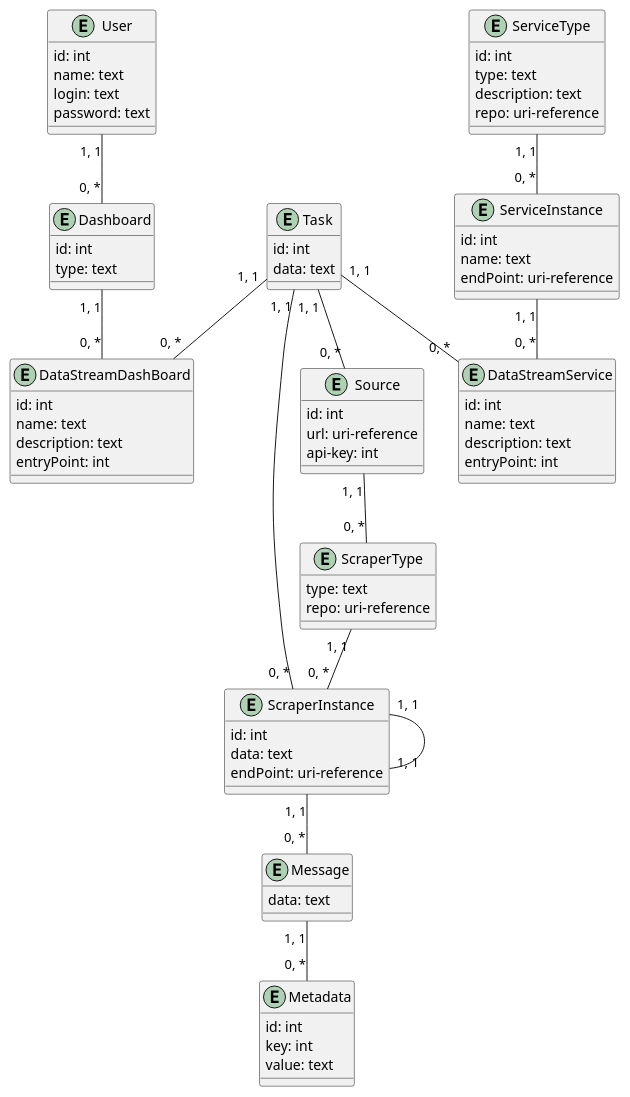
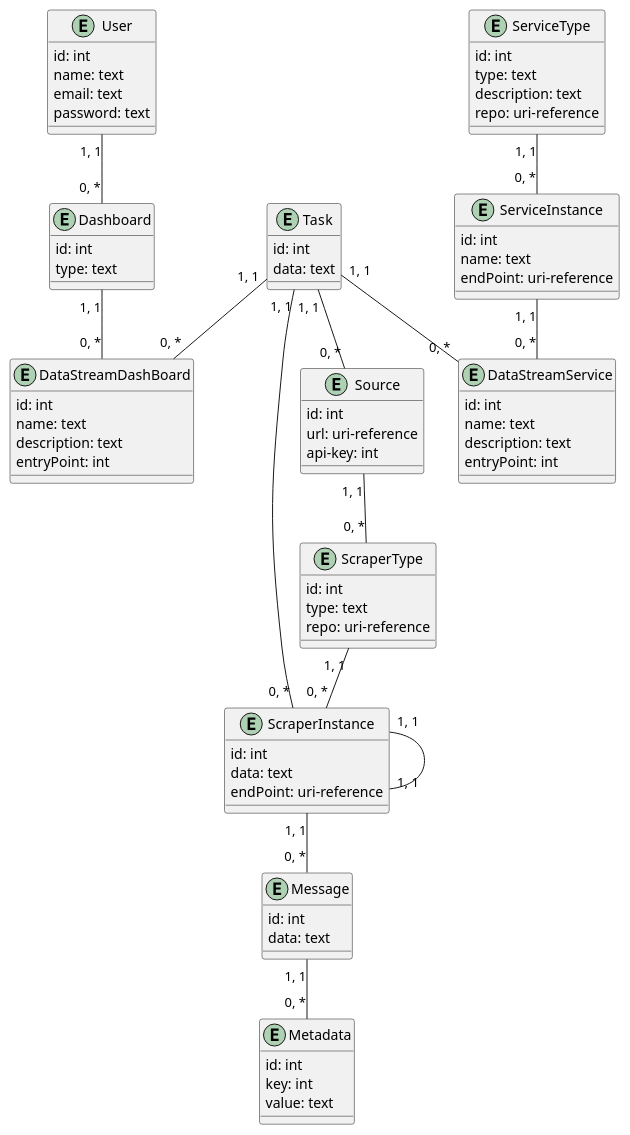
One commit to Pashhaa/media-content-analyze-system changed the second of 2 diagrams in docs/design/README.md. Above: the diagram before and after it, drawn with PlantUML. The commit also changed other lines of this file and 7 other files, not shown here.

```diff
--- a/docs/design/README.md
+++ b/docs/design/README.md
@@ -134,7 +134,7 @@
   entity User {
     id: int
     name: text
-    login: text
+    email: text
     password: text
   }
   
@@ -158,6 +158,7 @@
   }
 
   entity Message {
+    id: int
     data: text
   }
   
@@ -174,6 +175,7 @@
   }
   
   entity ScraperType {
+    id: int
     type: text
     repo: uri-reference
   }
```
